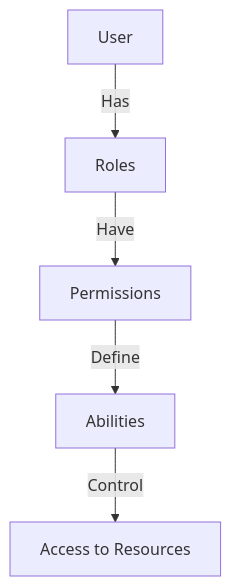
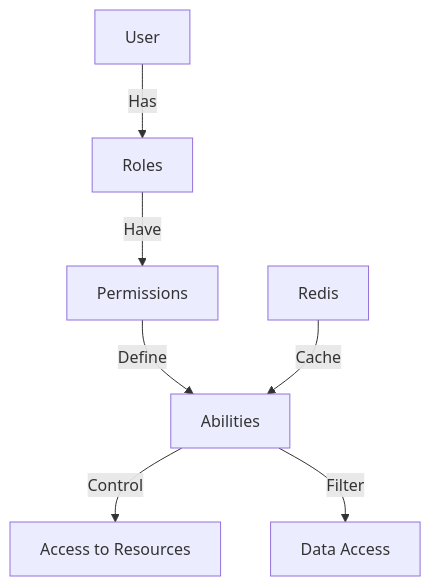
One commit to nakhaeizadeh2000/accounting-dashboard changed the first of 2 diagrams in api/docs/CASL.md. Above: the diagram before and after it, drawn with Mermaid. The commit also changed other lines of this file and 14 other files, not shown here.

````diff
--- a/api/docs/CASL.md
+++ b/api/docs/CASL.md
@@ -27,7 +57,9 @@
 ```mermaid
 graph TD
     A[User] -->|Has| B[Roles]
     B -->|Have| C[Permissions]
     C -->|Define| D[Abilities]
     D -->|Control| E[Access to Resources]
+    D -->|Filter| F[Data Access]
+    G[Redis] -->|Cache| D
 ```
````
